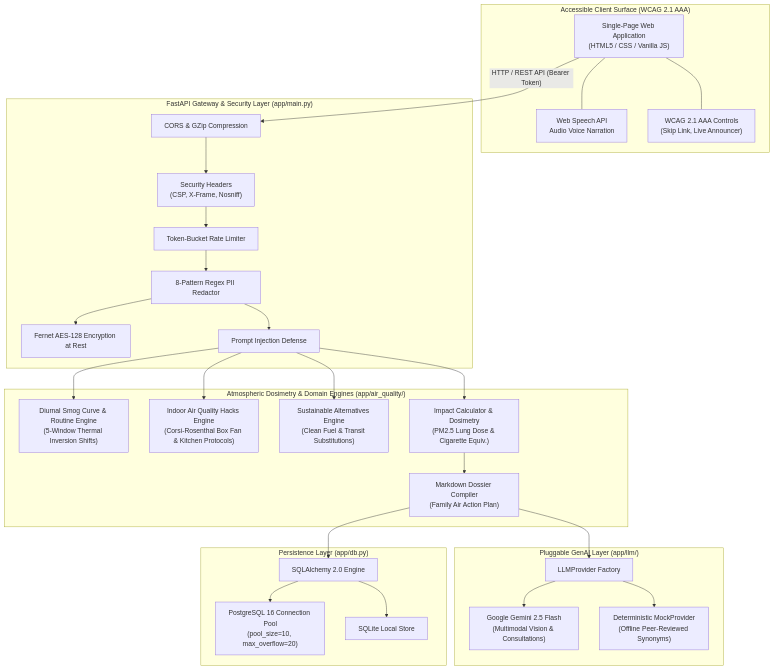
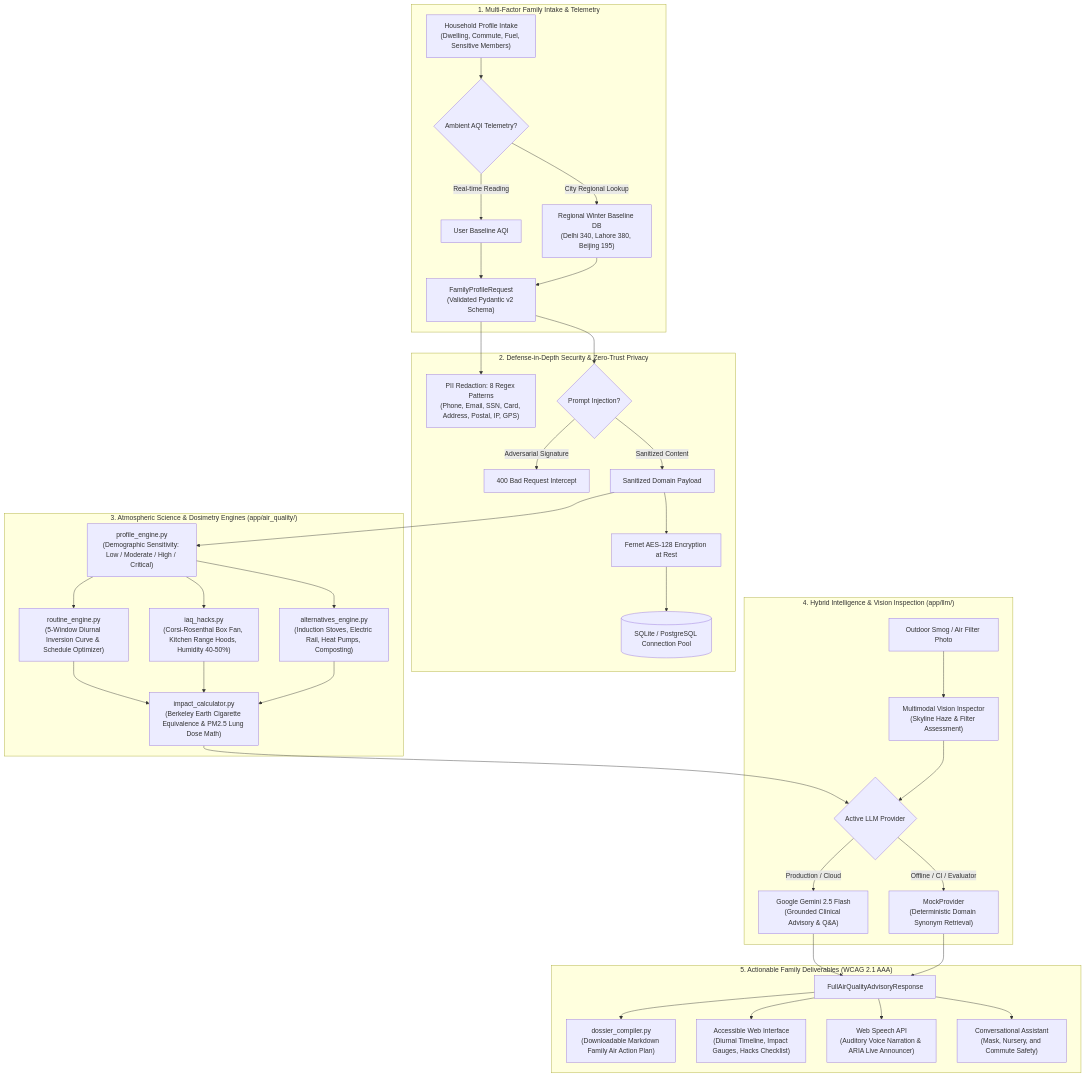
One commit to MSGitHub127/AeroSense changed the diagram in README.md. Above: the diagram before and after it, drawn with Mermaid.

Commit message:
docs: structure architecture flowchart into 5-stage pipeline matching LeaseLens specification

````diff
--- a/README.md
+++ b/README.md
@@ -16,55 +16,46 @@
 ```mermaid
-graph TD
-    subgraph CLIENT ["Accessible Client Surface (WCAG 2.1 AAA)"]
-        WEB["Single-Page Web Application<br/>(HTML5 / CSS / Vanilla JS)"]
-        SPEECH["Web Speech API<br/>Audio Voice Narration"]
-        A11Y["WCAG 2.1 AAA Controls<br/>(Skip Link, Live Announcer)"]
-        WEB --- SPEECH
-        WEB --- A11Y
+flowchart TD
+    subgraph Ingestion["1. Multi-Factor Family Intake & Telemetry"]
+        Input["Household Profile Intake<br/>(Dwelling, Commute, Fuel, Sensitive Members)"] --> TelemetryCheck{"Ambient AQI Telemetry?"}
+        TelemetryCheck -->|Real-time Reading| CustomAQI["User Baseline AQI"]
+        TelemetryCheck -->|City Regional Lookup| CityDB["Regional Winter Baseline DB<br/>(Delhi 340, Lahore 380, Beijing 195)"]
+        CustomAQI --> Profile["FamilyProfileRequest<br/>(Validated Pydantic v2 Schema)"]
+        CityDB --> Profile
     end
 
-    subgraph API ["FastAPI Gateway & Security Layer (app/main.py)"]
-        CORS["CORS & GZip Compression"]
-        SEC_HEADERS["Security Headers<br/>(CSP, X-Frame, Nosniff)"]
-        RATE["Token-Bucket Rate Limiter"]
-        PII["8-Pattern Regex PII Redactor"]
-        FERNET["Fernet AES-128 Encryption at Rest"]
-        SAN["Prompt Injection Defense"]
-        CORS --> SEC_HEADERS --> RATE --> PII
-        PII --> FERNET
-        PII --> SAN
+    subgraph Security["2. Defense-in-Depth Security & Zero-Trust Privacy"]
+        Profile --> Redact["PII Redaction: 8 Regex Patterns<br/>(Phone, Email, SSN, Card, Address, Postal, IP, GPS)"]
+        Profile --> InjectionCheck{"Prompt Injection?"}
+        InjectionCheck -->|Adversarial Signature| Reject["400 Bad Request Intercept"]
+        InjectionCheck -->|Sanitized Content| SafePayload["Sanitized Domain Payload"]
+        SafePayload --> Encrypt["Fernet AES-128 Encryption at Rest"]
+        Encrypt --> DB[(SQLite / PostgreSQL Connection Pool)]
     end
 
-    subgraph ENGINES ["Atmospheric Dosimetry & Domain Engines (app/air_quality/)"]
-        ROUTINE["Diurnal Smog Curve & Routine Engine<br/>(5-Window Thermal Inversion Shifts)"]
-        IAQ["Indoor Air Quality Hacks Engine<br/>(Corsi-Rosenthal Box Fan & Kitchen Protocols)"]
-        ALT["Sustainable Alternatives Engine<br/>(Clean Fuel & Transit Substitutions)"]
-        IMPACT["Impact Calculator & Dosimetry<br/>(PM2.5 Lung Dose & Cigarette Equiv.)"]
-        DOSSIER["Markdown Dossier Compiler<br/>(Family Air Action Plan)"]
+    subgraph DomainEngines["3. Atmospheric Science & Dosimetry Engines (app/air_quality/)"]
+        SafePayload --> VulnEngine["profile_engine.py<br/>(Demographic Sensitivity: Low / Moderate / High / Critical)"]
+        VulnEngine --> Diurnal["routine_engine.py<br/>(5-Window Diurnal Inversion Curve & Schedule Optimizer)"]
+        VulnEngine --> IAQ["iaq_hacks.py<br/>(Corsi-Rosenthal Box Fan, Kitchen Range Hoods, Humidity 40-50%)"]
+        VulnEngine --> Alt["alternatives_engine.py<br/>(Induction Stoves, Electric Rail, Heat Pumps, Composting)"]
+        Diurnal --> Dosimetry["impact_calculator.py<br/>(Berkeley Earth Cigarette Equivalence & PM2.5 Lung Dose Math)"]
+        IAQ --> Dosimetry
+        Alt --> Dosimetry
     end
 
-    subgraph LLM ["Pluggable GenAI Layer (app/llm/)"]
-        FACTORY["LLMProvider Factory"]
-        GEMINI["Google Gemini 2.5 Flash<br/>(Multimodal Vision & Consultations)"]
-        MOCK["Deterministic MockProvider<br/>(Offline Peer-Reviewed Synonyms)"]
-        FACTORY --> GEMINI
-        FACTORY --> MOCK
+    subgraph AIProcessing["4. Hybrid Intelligence & Vision Inspection (app/llm/)"]
+        Dosimetry --> LLMBridge{"Active LLM Provider"}
+        LLMBridge -->|Production / Cloud| Gemini["Google Gemini 2.5 Flash<br/>(Grounded Clinical Advisory & Q&A)"]
+        LLMBridge -->|Offline / CI / Evaluator| Mock["MockProvider<br/>(Deterministic Domain Synonym Retrieval)"]
+        UploadPhoto["Outdoor Smog / Air Filter Photo"] --> Vision["Multimodal Vision Inspector<br/>(Skyline Haze & Filter Assessment)"]
+        Vision --> LLMBridge
     end
 
-    subgraph DB ["Persistence Layer (app/db.py)"]
-        SQLA["SQLAlchemy 2.0 Engine"]
-        PG["PostgreSQL 16 Connection Pool<br/>(pool_size=10, max_overflow=20)"]
-        SQLITE["SQLite Local Store"]
-        SQLA --> PG
-        SQLA --> SQLITE
+    subgraph Deliverables["5. Actionable Family Deliverables (WCAG 2.1 AAA)"]
+        Gemini --> Response["FullAirQualityAdvisoryResponse"]
+        Mock --> Response
+        Response --> Dossier["dossier_compiler.py<br/>(Downloadable Markdown Family Air Action Plan)"]
+        Response --> UI["Accessible Web Interface<br/>(Diurnal Timeline, Impact Gauges, Hacks Checklist)"]
+        Response --> Voice["Web Speech API<br/>(Auditory Voice Narration & ARIA Live Announcer)"]
+        Response --> Chat["Conversational Assistant<br/>(Mask, Nursery, and Commute Safety)"]
     end
-
-    WEB -->|"HTTP / REST API (Bearer Token)"| CORS
-    SAN --> ROUTINE
-    SAN --> IAQ
-    SAN --> ALT
-    SAN --> IMPACT
-    IMPACT --> DOSSIER
-    DOSSIER --> FACTORY
-    DOSSIER --> SQLA
 ```
````
